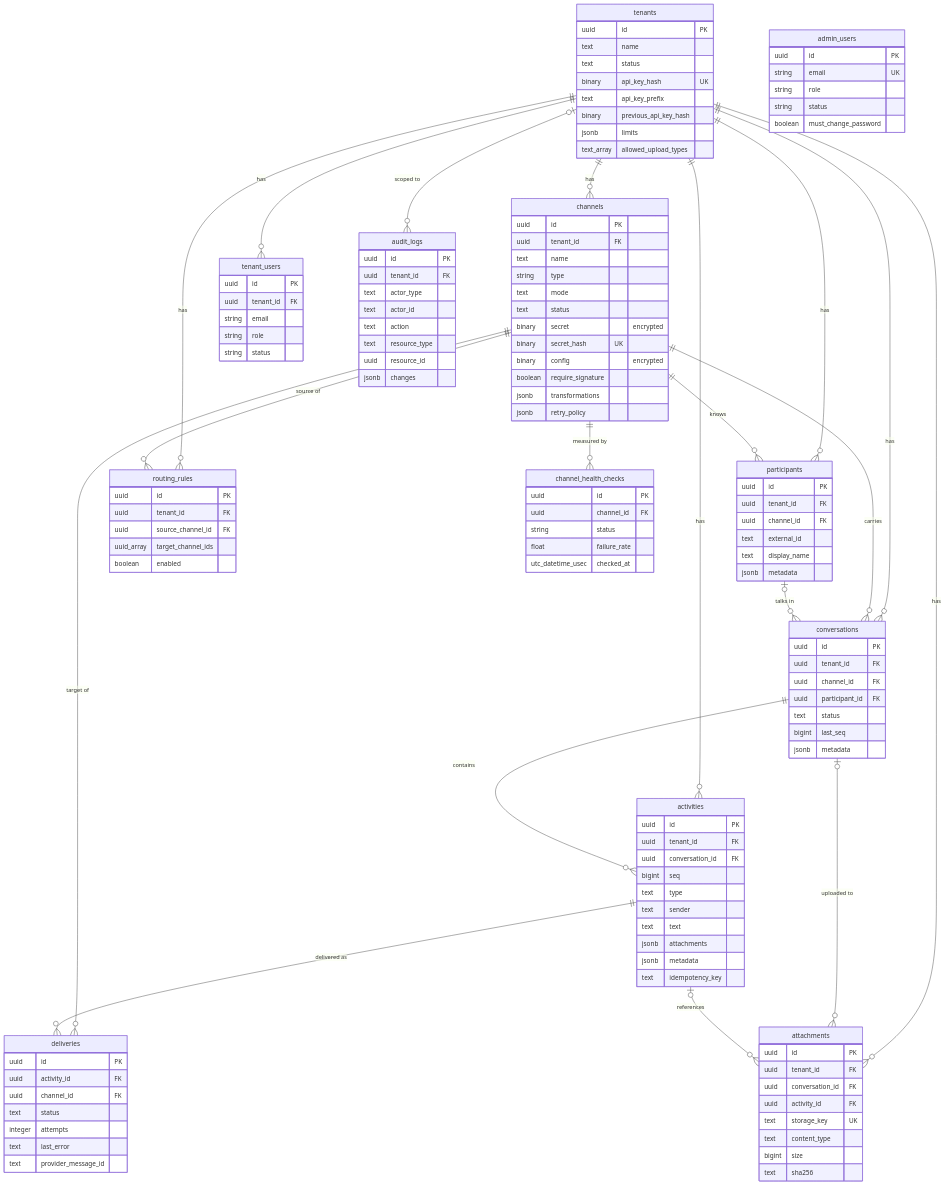
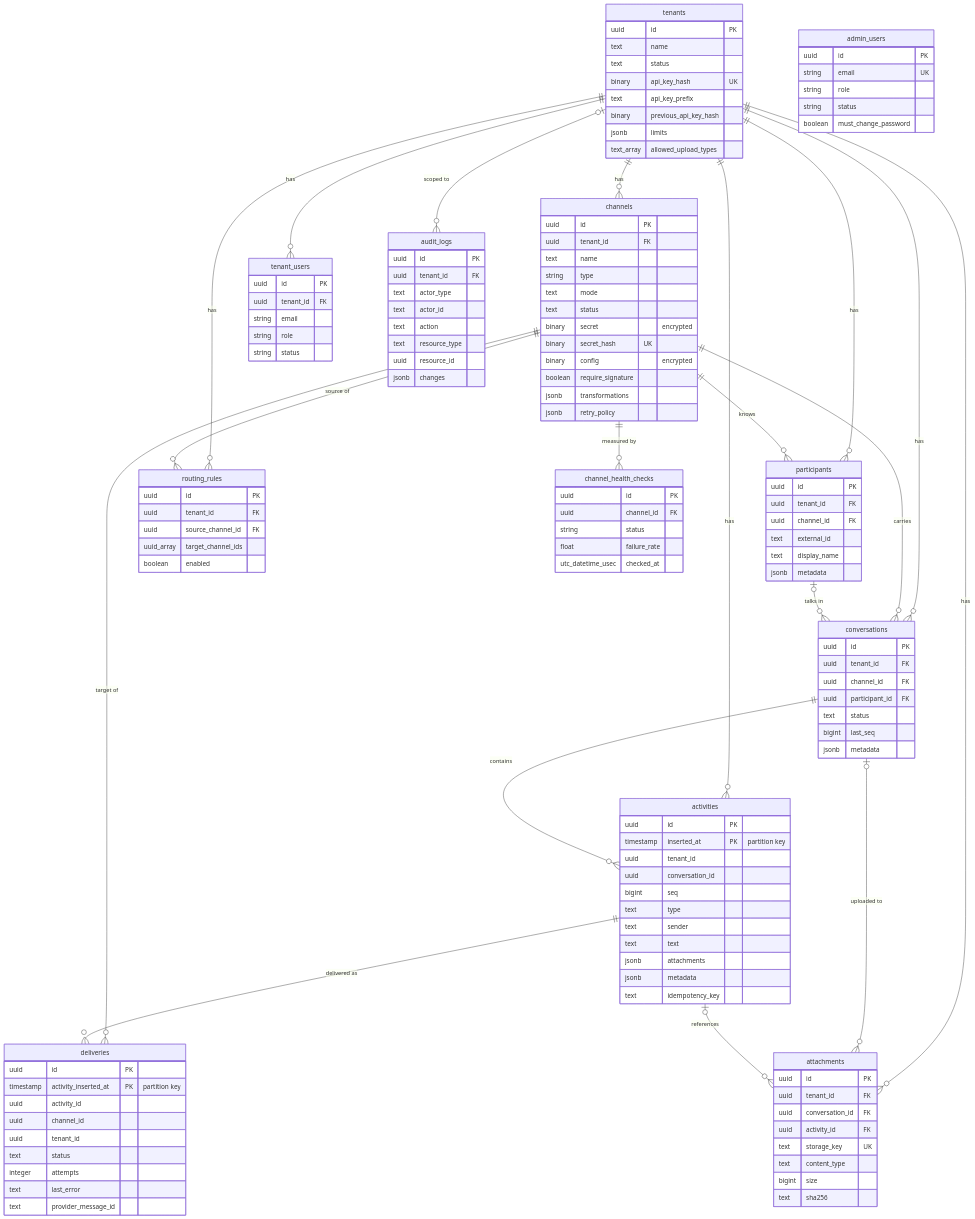
Before and after one commit to AimTune/converger: the diagram in docs/architecture/data-model.md, drawn with Mermaid. The commit also changed other lines of this file and 50 other files, not shown here.

First line of the commit message:
feat: partition activities and deliveries by month with per-tenant retention and verified archive (#30)

```diff
--- a/docs/architecture/data-model.md
+++ b/docs/architecture/data-model.md
@@ -72,8 +72,9 @@
     }
     activities {
         uuid id PK
-        uuid tenant_id FK
-        uuid conversation_id FK
+        timestamp inserted_at PK "partition key"
+        uuid tenant_id
+        uuid conversation_id
         bigint seq
         text type
         text sender
@@ -84,8 +85,10 @@
     }
     deliveries {
         uuid id PK
-        uuid activity_id FK
-        uuid channel_id FK
+        timestamp activity_inserted_at PK "partition key"
+        uuid activity_id
+        uuid channel_id
+        uuid tenant_id
         text status
         integer attempts
         text last_error
```
